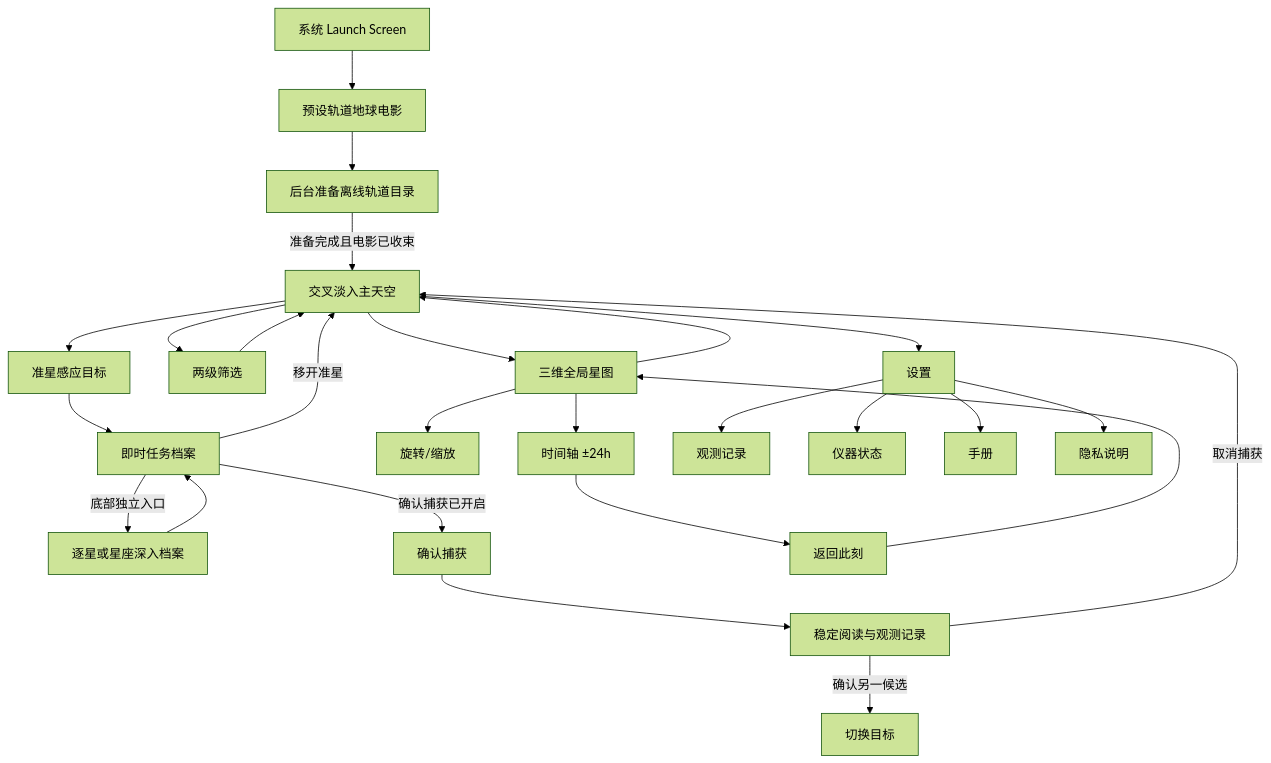
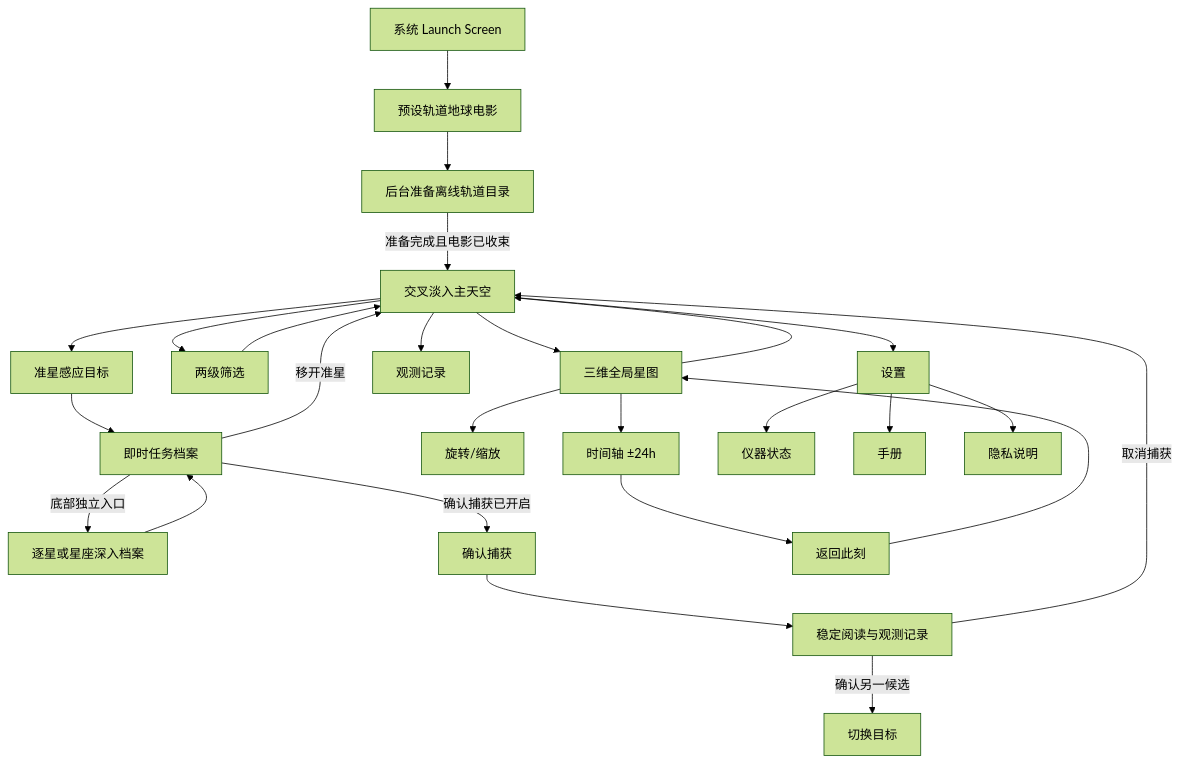
One commit to tollenceld/StarCatch changed the diagram in Documentation/PROJECT_OVERVIEW.md. Above: the diagram before and after it, drawn with Mermaid (forest theme). The commit also changed other lines of this file and 14 other files, not shown here.

````diff
--- a/Documentation/PROJECT_OVERVIEW.md
+++ b/Documentation/PROJECT_OVERVIEW.md
@@ -438,28 +439,28 @@
 ```mermaid
 flowchart TD
     A[系统 Launch Screen] --> A1[预设轨道地球电影]
     A1 --> A2[后台准备离线轨道目录]
     A2 -->|准备完成且电影已收束| E[交叉淡入主天空]
     E --> F[准星感应目标]
     F --> G[即时任务档案]
     G -->|移开准星| E
     G -->|底部独立入口| H[逐星或星座深入档案]
     H --> G
     G -->|确认捕获已开启| I[确认捕获]
     I --> J[稳定阅读与观测记录]
     J -->|确认另一候选| K[切换目标]
     J -->|取消捕获| E
     E --> L[两级筛选]
     L --> E
     E --> M[三维全局星图]
     M --> N[旋转/缩放]
     M --> O[时间轴 ±24h]
     O --> P[返回此刻]
     P --> M
     M --> E
+    E --> R[观测记录]
     E --> Q[设置]
-    Q --> R[观测记录]
     Q --> S[仪器状态]
     Q --> T[手册]
     Q --> U[隐私说明]
 ```
````
